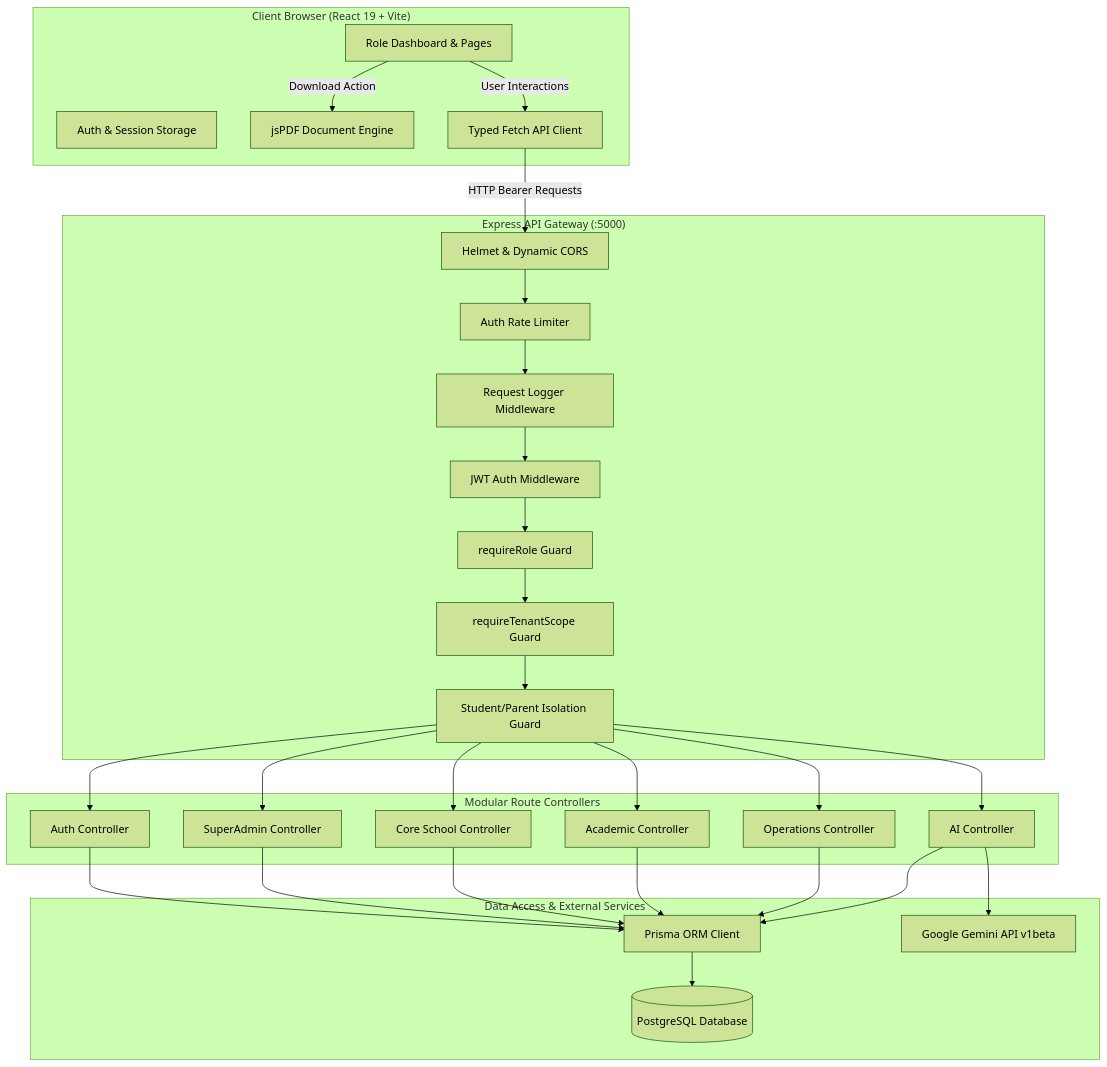
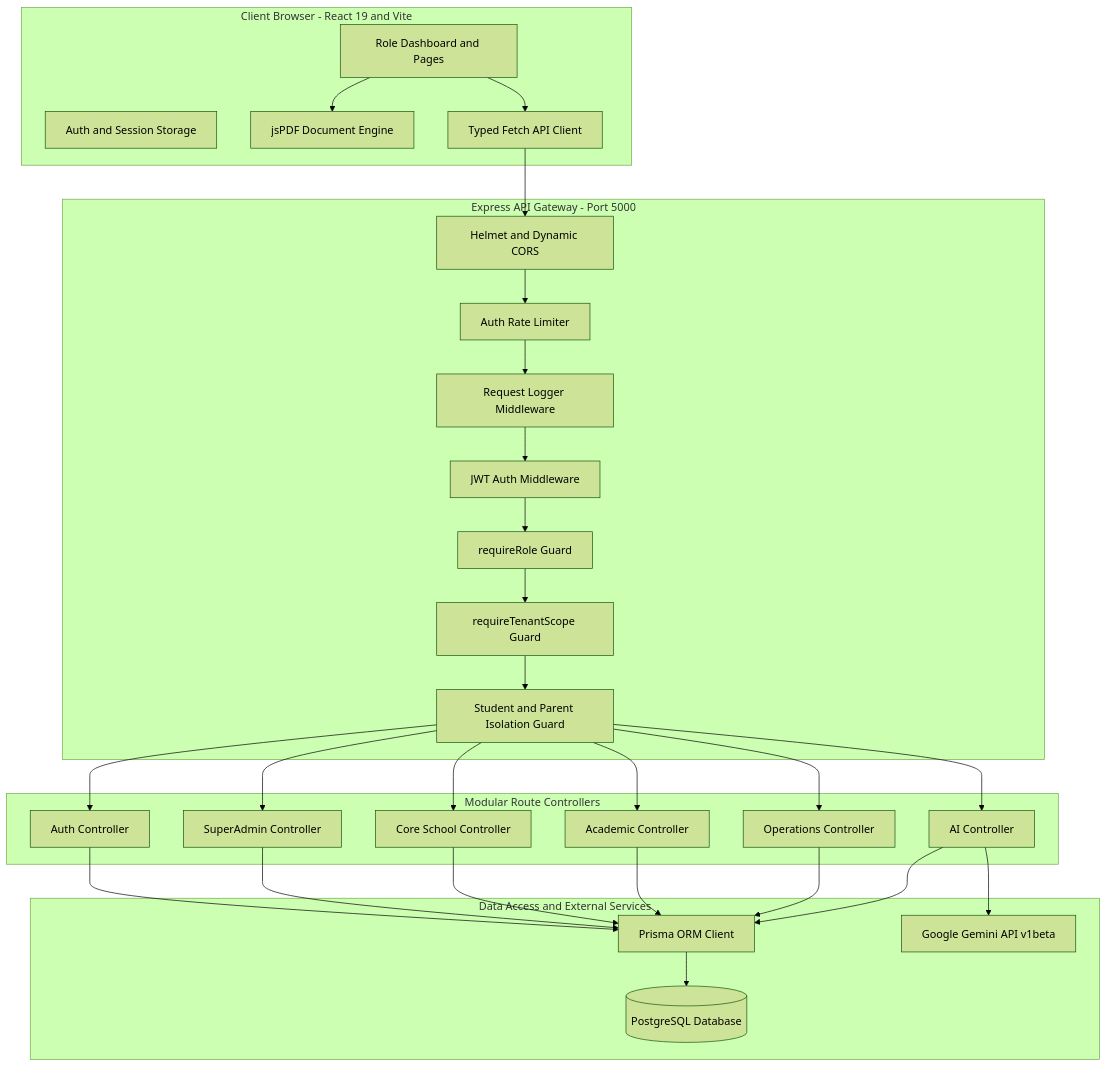
Before and after one commit to krishnapawar05/edunexa: the first of 3 diagrams in README.md, drawn with Mermaid (forest theme). The commit also changed other lines of this file, not shown here.

Commit message:
fix(docs): resolve GitHub Mermaid diagram parse errors in README

````diff
--- a/README.md
+++ b/README.md
@@ -116,61 +116,61 @@
 ```mermaid
-graph TD
-    subgraph Client ["Client Browser (React 19 + Vite)"]
-        UI[Role Dashboard & Pages]
-        AuthCtx[Auth & Session Storage]
+flowchart TD
+    subgraph ClientBrowser [Client Browser - React 19 and Vite]
+        UI[Role Dashboard and Pages]
+        AuthCtx[Auth and Session Storage]
         PdfGen[jsPDF Document Engine]
         ApiClient[Typed Fetch API Client]
     end
 
-    subgraph Gateway ["Express API Gateway (:5000)"]
-        HelmetCors[Helmet & Dynamic CORS]
+    subgraph ApiGateway [Express API Gateway - Port 5000]
+        HelmetCors[Helmet and Dynamic CORS]
         RateLimiter[Auth Rate Limiter]
         ReqLogger[Request Logger Middleware]
         JwtAuth[JWT Auth Middleware]
         RbacGuard[requireRole Guard]
         TenantGuard[requireTenantScope Guard]
-        IsoGuard[Student/Parent Isolation Guard]
+        IsoGuard[Student and Parent Isolation Guard]
     end
 
-    subgraph Controllers ["Modular Route Controllers"]
+    subgraph Controllers [Modular Route Controllers]
         AuthCtrl[Auth Controller]
         SuperCtrl[SuperAdmin Controller]
         CoreCtrl[Core School Controller]
         AcadCtrl[Academic Controller]
         OpsCtrl[Operations Controller]
         AiCtrl[AI Controller]
     end
 
-    subgraph DataAccess ["Data Access & External Services"]
+    subgraph DataAccess [Data Access and External Services]
         Prisma[Prisma ORM Client]
         Postgres[(PostgreSQL Database)]
         Gemini[Google Gemini API v1beta]
     end
 
-    UI -->|User Interactions| ApiClient
-    UI -->|Download Action| PdfGen
-    ApiClient -->|HTTP Bearer Requests| HelmetCors
+    UI --> ApiClient
+    UI --> PdfGen
+    ApiClient --> HelmetCors
     HelmetCors --> RateLimiter
     RateLimiter --> ReqLogger
     ReqLogger --> JwtAuth
     JwtAuth --> RbacGuard
     RbacGuard --> TenantGuard
     TenantGuard --> IsoGuard
 
     IsoGuard --> AuthCtrl
     IsoGuard --> SuperCtrl
     IsoGuard --> CoreCtrl
     IsoGuard --> AcadCtrl
     IsoGuard --> OpsCtrl
     IsoGuard --> AiCtrl
 
     AuthCtrl --> Prisma
     SuperCtrl --> Prisma
     CoreCtrl --> Prisma
     AcadCtrl --> Prisma
     OpsCtrl --> Prisma
     AiCtrl --> Gemini
     AiCtrl --> Prisma
 
     Prisma --> Postgres
 ```
````
